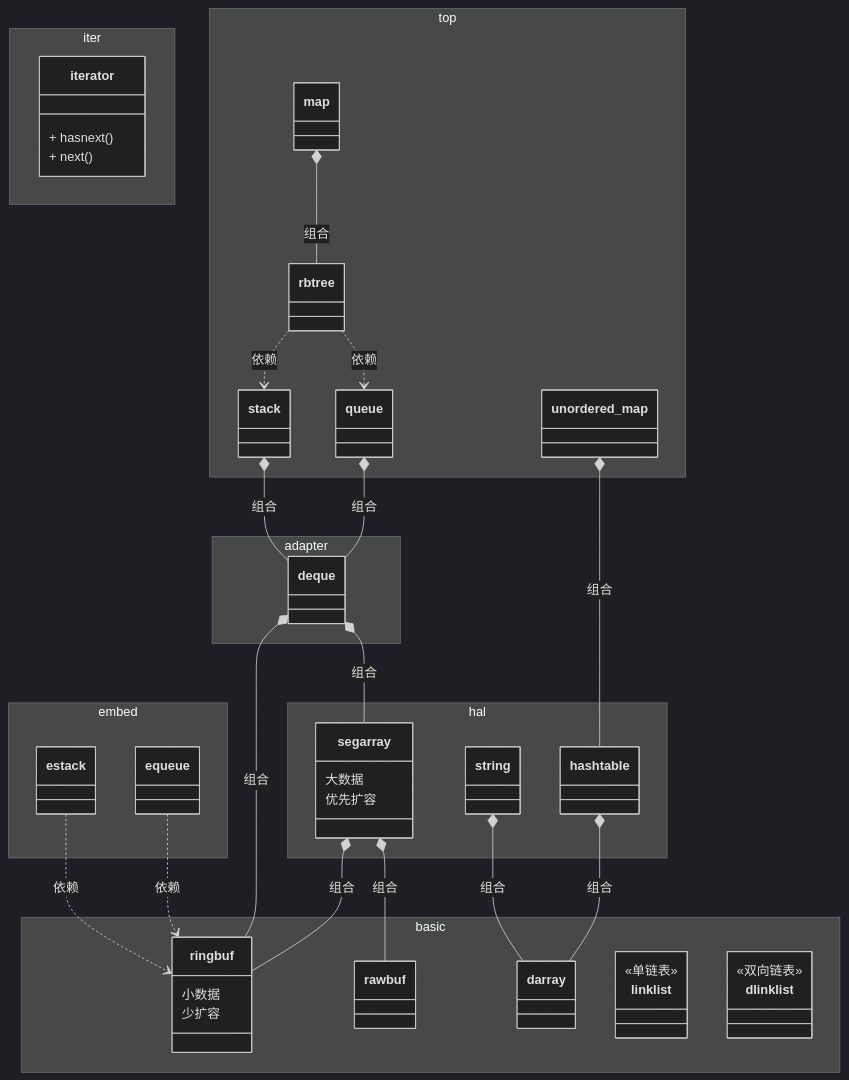
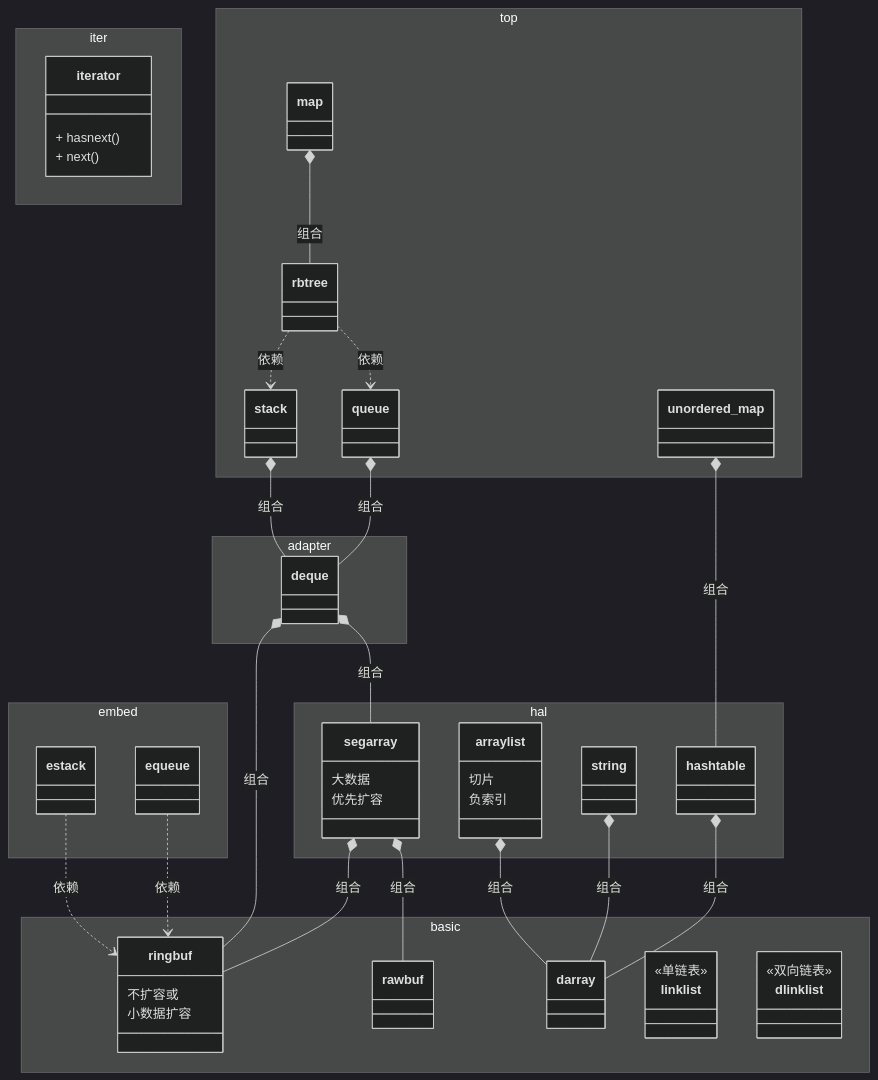
Before and after one commit to Orig5826/unicstl: the diagram in README.md, drawn with Mermaid (dark theme). The commit also changed 4 other files, not shown here.

First line of the commit message:
feat(deque): 支持 segarray 后端实现

````diff
--- a/README.md
+++ b/README.md
@@ -24,8 +24,8 @@
 
 namespace basic {
     class ringbuf{
-        小数据
-        少扩容
+        不扩容或
+        小数据扩容
     }
     class rawbuf
     class darray
@@ -54,6 +54,10 @@
         大数据
         优先扩容
     }
+    class arraylist{
+        切片
+        负索引
+    }
     class string
     class hashtable
 }
@@ -70,34 +74,32 @@
     class unordered_map
 }
 
-
-%% ========== 以下全部按你真实逻辑修正 ==========
-
-%% segarray 包含 ringbuf，同生共死
+%% hal层
 segarray *-- ringbuf : 组合
 segarray *-- rawbuf : 组合
 
-%% string / hashtable 底层使用darray
+arraylist *-- darray : 组合
 string *-- darray : 组合
 hashtable *-- darray : 组合
 
-%% deque 当前ringbuf，可换segarray
+
+%% 适配器
 deque *-- ringbuf : 组合
 deque *-- segarray : 组合
 
-%% stack/queue 持有deque*，管理生命周期
+%% 通用标准容器
 stack *-- deque : 组合
 queue *-- deque : 组合
 
-%% 临时使用 → 依赖
+%% 红黑树
 rbtree ..> stack : 依赖
 rbtree ..> queue : 依赖
 
-%% map/unordered_map 底层使用 rbtree/hashtable
+%% 高级容器
 map *-- rbtree : 组合
 unordered_map *-- hashtable : 组合
 
-%% embed 是内联函数，仅调用 → 依赖
+%% 嵌入式专用容器
 estack ..> ringbuf : 依赖
 equeue ..> ringbuf : 依赖
 ```
````
